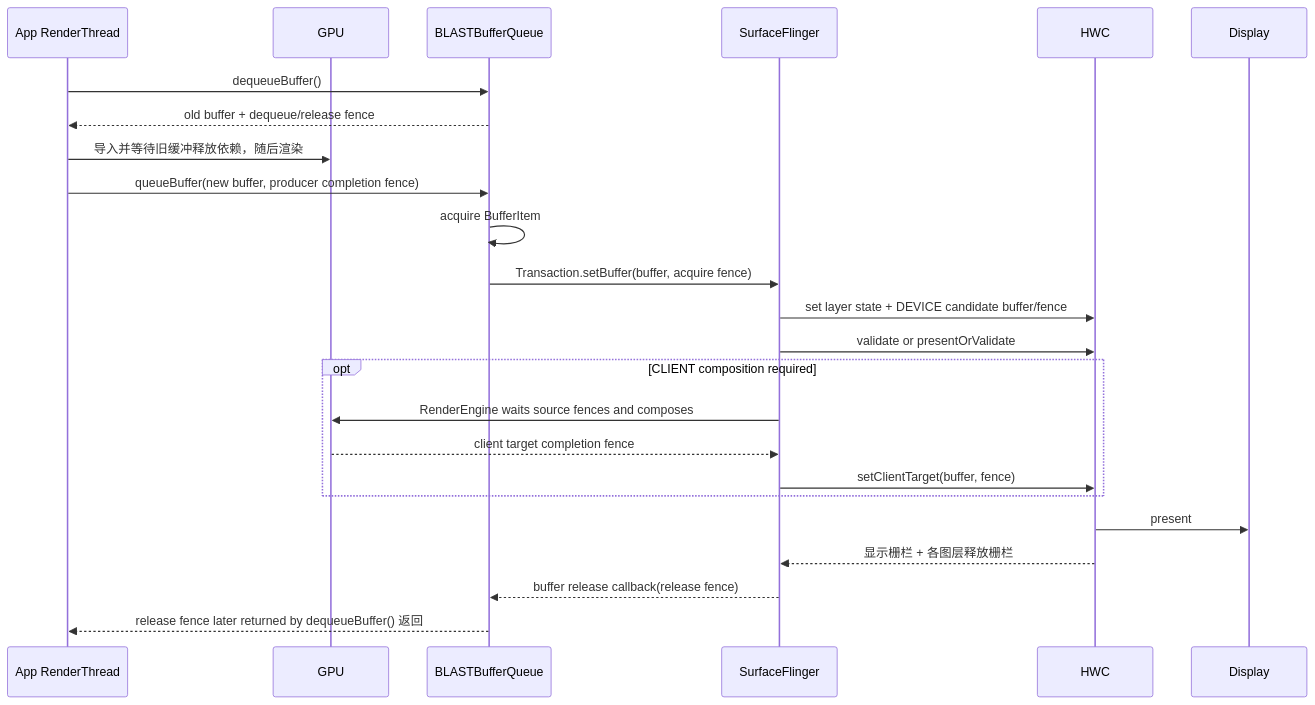
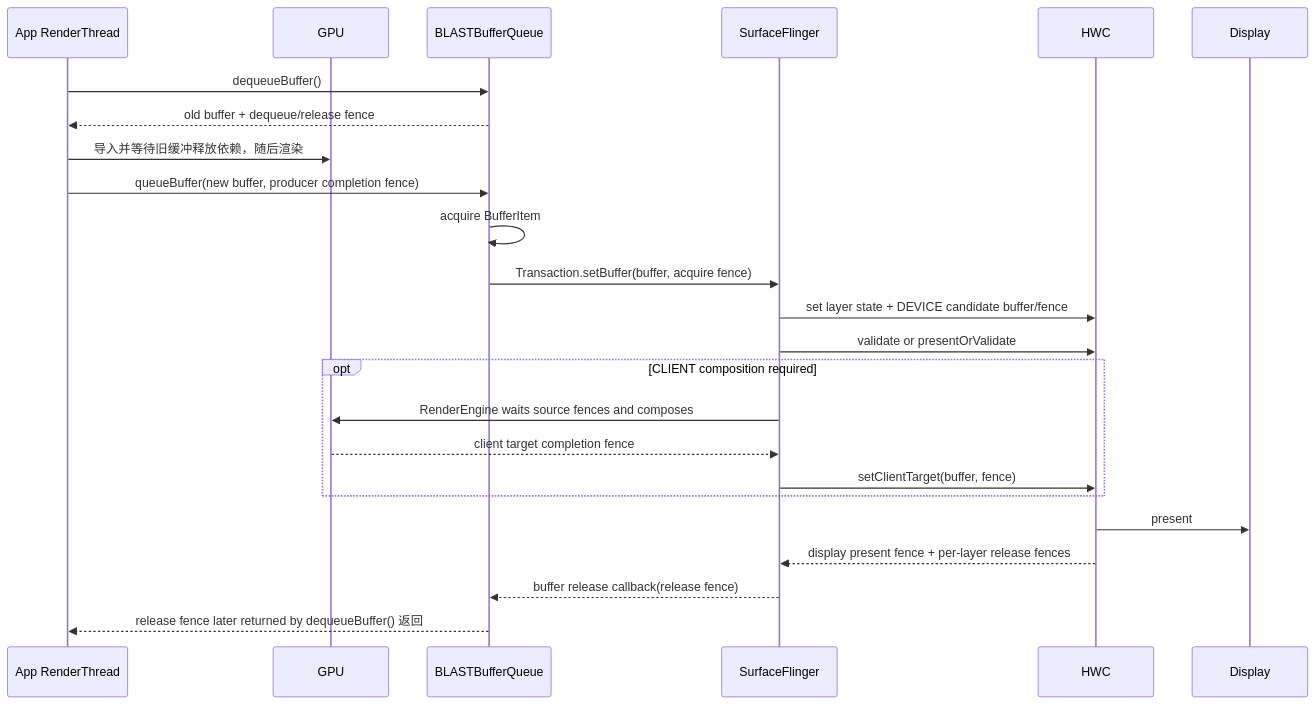
The diagram in src/part1-fundamentals/ch02-rendering/16-sync-fence.md (Gracker/android-internals-wiki), drawn with Mermaid before and after one commit. The commit also changed other lines of this file and 4 other files, not shown here.

````diff
--- a/src/part1-fundamentals/ch02-rendering/16-sync-fence.md
+++ b/src/part1-fundamentals/ch02-rendering/16-sync-fence.md
@@ -210,27 +210,27 @@
 ```mermaid
 sequenceDiagram
     participant RT as App RenderThread
     participant GPU
     participant BBQ as BLASTBufferQueue
     participant SF as SurfaceFlinger
     participant HWC
     participant D as Display
 
     RT->>BBQ: dequeueBuffer()
     BBQ-->>RT: old buffer + dequeue/release fence
     RT->>GPU: 导入并等待旧缓冲释放依赖，随后渲染
     RT->>BBQ: queueBuffer(new buffer, producer completion fence)
     BBQ->>BBQ: acquire BufferItem
     BBQ->>SF: Transaction.setBuffer(buffer, acquire fence)
     SF->>HWC: set layer state + DEVICE candidate buffer/fence
     SF->>HWC: validate or presentOrValidate
     opt CLIENT composition required
         SF->>GPU: RenderEngine waits source fences and composes
         GPU-->>SF: client target completion fence
         SF->>HWC: setClientTarget(buffer, fence)
     end
     HWC->>D: present
-    HWC-->>SF: 显示栅栏 + 各图层释放栅栏
+    HWC-->>SF: display present fence + per-layer release fences
     SF-->>BBQ: buffer release callback(release fence)
     BBQ-->>RT: release fence later returned by dequeueBuffer() 返回
 ```
````
